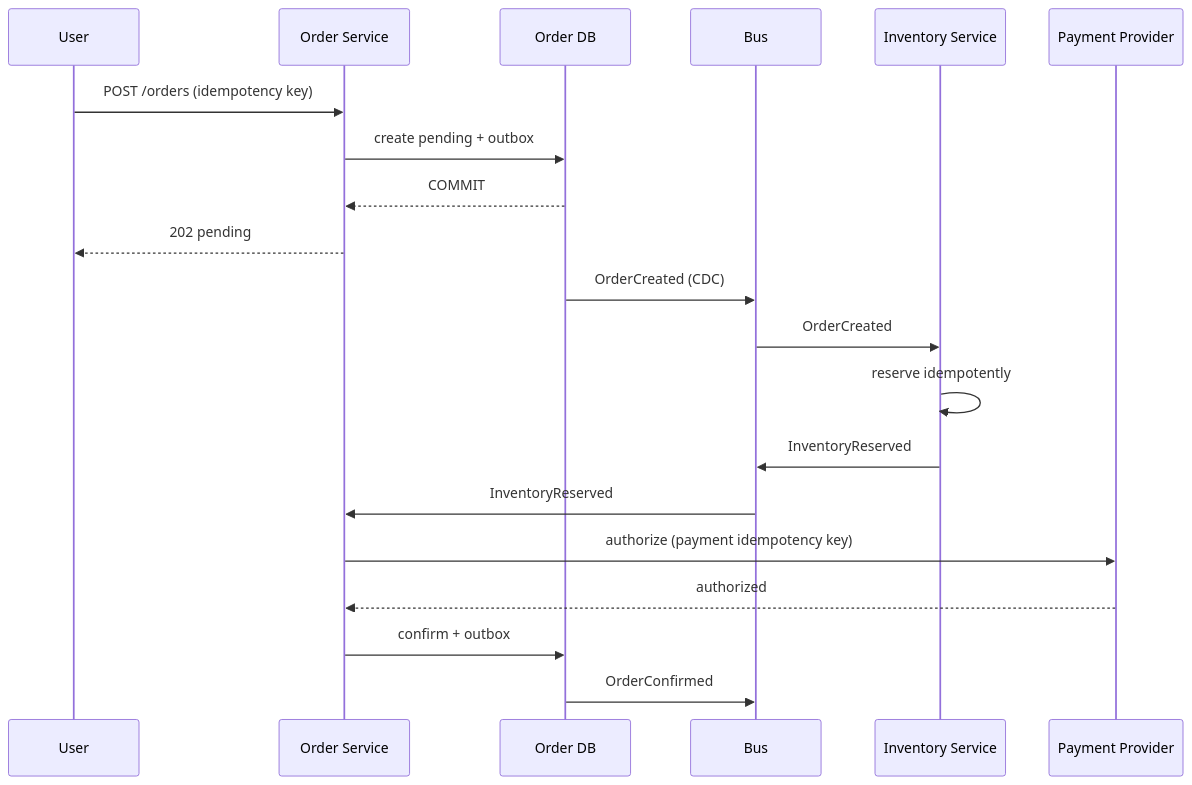
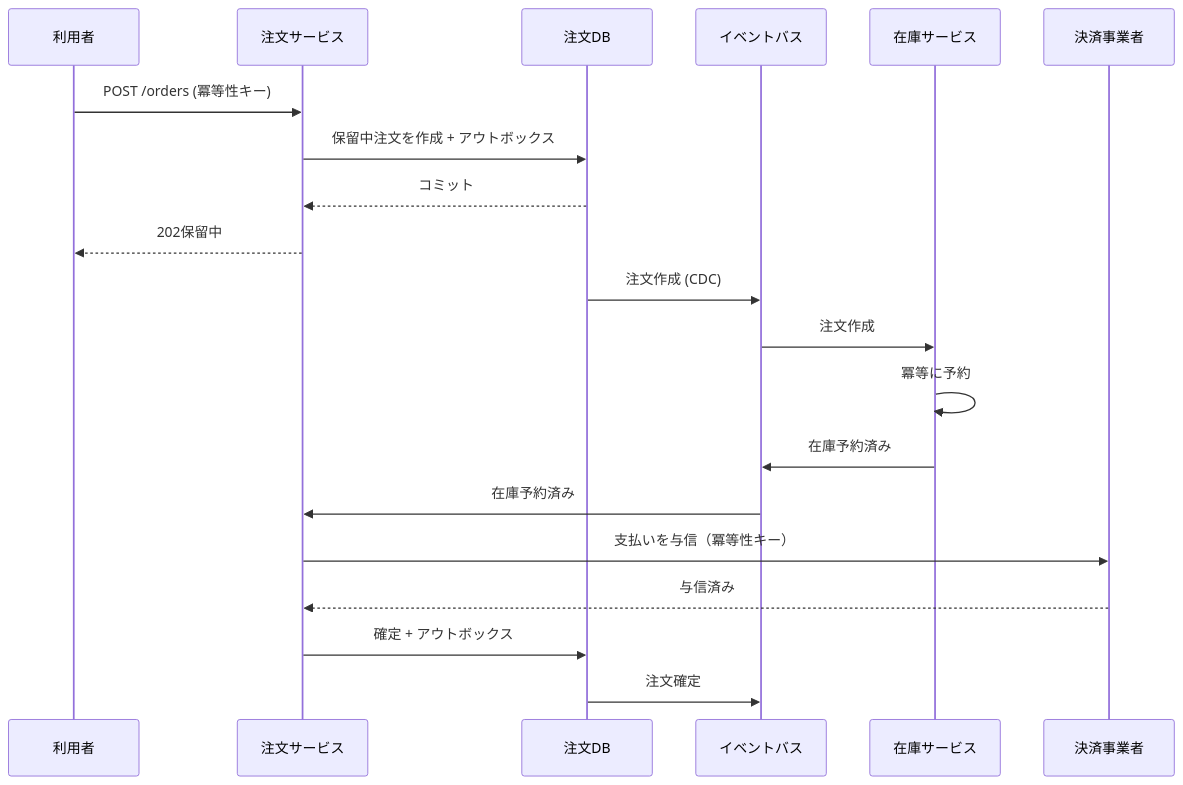
The eighth of 8 diagrams in src/content/docs/06-operations/18-capstone.md (hirunebot/database-systems-book), drawn with Mermaid before and after one commit. The commit also changed other lines of this file and 42 other files, not shown here.

````diff
--- a/src/content/docs/06-operations/18-capstone.md
+++ b/src/content/docs/06-operations/18-capstone.md
@@ -509,23 +515,23 @@
 ```mermaid
 sequenceDiagram
-    participant User
-    participant Order as Order Service
-    participant ODB as Order DB
-    participant Bus
-    participant Inv as Inventory Service
-    participant Pay as Payment Provider
+    participant User as 利用者
+    participant Order as 注文サービス
+    participant ODB as 注文DB
+    participant Bus as イベントバス
+    participant Inv as 在庫サービス
+    participant Pay as 決済事業者
 
-    User->>Order: POST /orders (idempotency key)
-    Order->>ODB: create pending + outbox
-    ODB-->>Order: COMMIT
-    Order-->>User: 202 pending
-    ODB->>Bus: OrderCreated (CDC)
-    Bus->>Inv: OrderCreated
-    Inv->>Inv: reserve idempotently
-    Inv->>Bus: InventoryReserved
-    Bus->>Order: InventoryReserved
-    Order->>Pay: authorize (payment idempotency key)
-    Pay-->>Order: authorized
-    Order->>ODB: confirm + outbox
-    ODB->>Bus: OrderConfirmed
+    User->>Order: POST /orders (冪等性キー)
+    Order->>ODB: 保留中注文を作成 + アウトボックス
+    ODB-->>Order: コミット
+    Order-->>User: 202保留中
+    ODB->>Bus: 注文作成 (CDC)
+    Bus->>Inv: 注文作成
+    Inv->>Inv: 冪等に予約
+    Inv->>Bus: 在庫予約済み
+    Bus->>Order: 在庫予約済み
+    Order->>Pay: 支払いを与信（冪等性キー）
+    Pay-->>Order: 与信済み
+    Order->>ODB: 確定 + アウトボックス
+    ODB->>Bus: 注文確定
 ```
````
